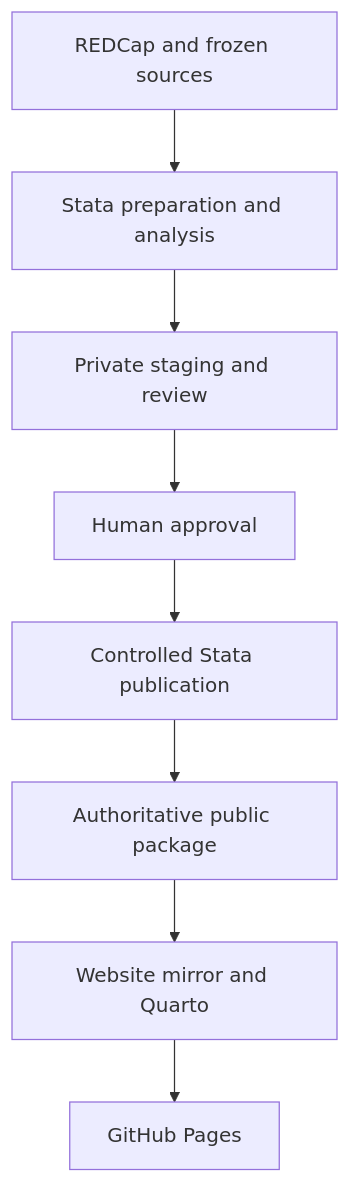
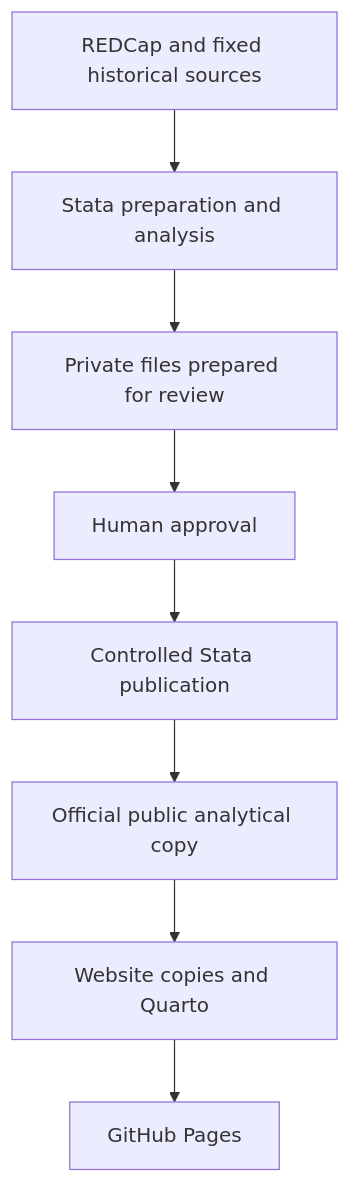
The diagram in site/technical/getting-started/environment.qmd (UWI-BNR/info-hub), drawn with Mermaid before and after one commit. The commit also changed other lines of this file and 10 other files, not shown here.

````diff
--- a/site/technical/getting-started/environment.qmd
+++ b/site/technical/getting-started/environment.qmd
@@ -24,10 +24,10 @@
 ```{mermaid}
 flowchart TB
-    A["REDCap and frozen sources"] --> B["Stata preparation and analysis"]
-    B --> C["Private staging and review"]
+    A["REDCap and fixed historical sources"] --> B["Stata preparation and analysis"]
+    B --> C["Private files prepared for review"]
     C --> D["Human approval"]
     D --> E["Controlled Stata publication"]
-    E --> F["Authoritative public package"]
-    F --> G["Website mirror and Quarto"]
+    E --> F["Official public analytical copy"]
+    F --> G["Website copies and Quarto"]
     G --> H["GitHub Pages"]
 ```
````
